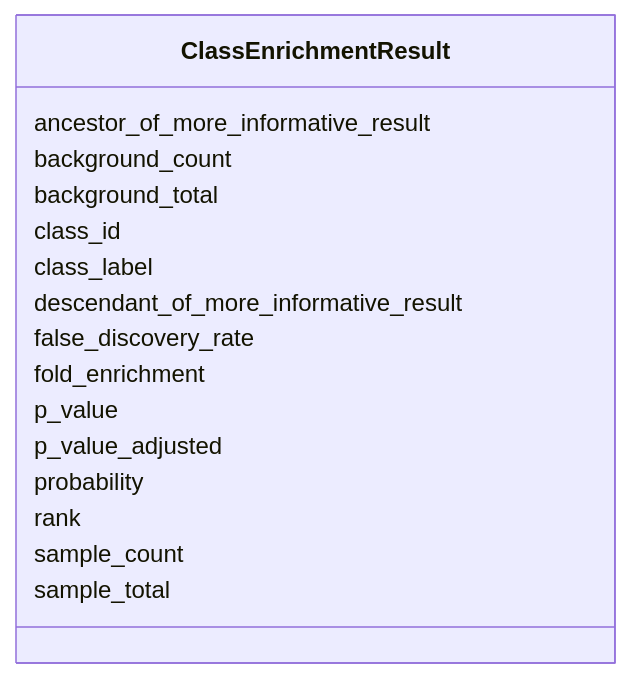
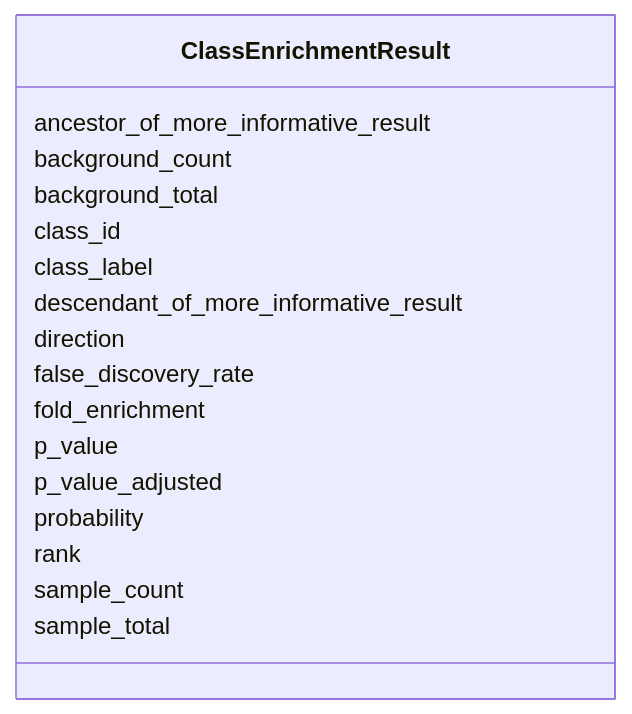
The diagram in class-enrichment/ClassEnrichmentResult.md (INCATools/ontology-access-kit), drawn with Mermaid before and after one commit. The commit also changed other lines of this file and 31 other files, not shown here.

````diff
--- a/class-enrichment/ClassEnrichmentResult.md
+++ b/class-enrichment/ClassEnrichmentResult.md
@@ -15,33 +15,35 @@
 ```{mermaid}
  classDiagram
     class ClassEnrichmentResult
       ClassEnrichmentResult : ancestor_of_more_informative_result
         
       ClassEnrichmentResult : background_count
         
       ClassEnrichmentResult : background_total
         
       ClassEnrichmentResult : class_id
         
       ClassEnrichmentResult : class_label
         
       ClassEnrichmentResult : descendant_of_more_informative_result
+        
+      ClassEnrichmentResult : direction
         
       ClassEnrichmentResult : false_discovery_rate
         
       ClassEnrichmentResult : fold_enrichment
         
       ClassEnrichmentResult : p_value
         
       ClassEnrichmentResult : p_value_adjusted
         
       ClassEnrichmentResult : probability
         
       ClassEnrichmentResult : rank
         
       ClassEnrichmentResult : sample_count
         
       ClassEnrichmentResult : sample_total
         
       
 ```
````
